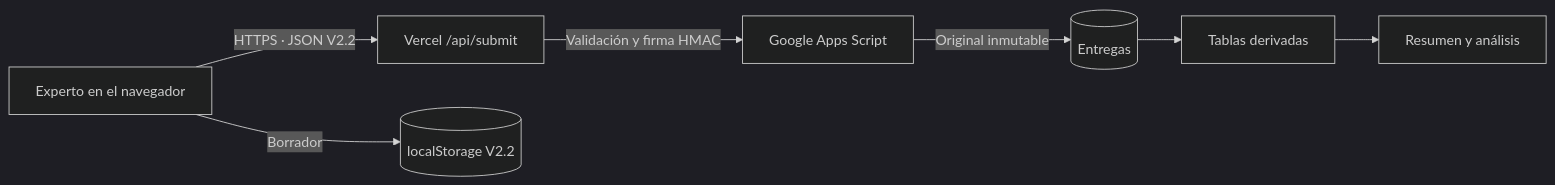
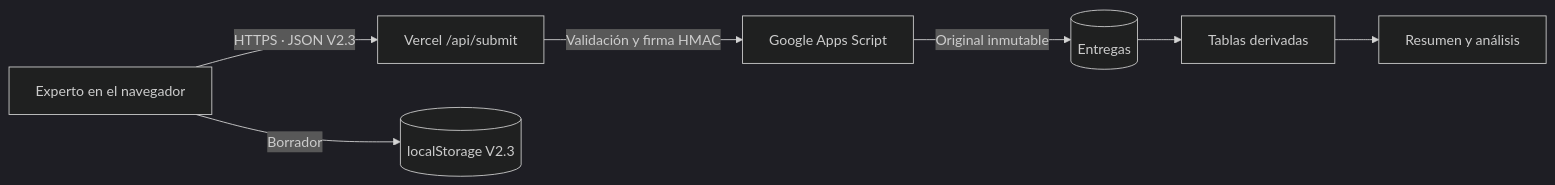
One commit to goncazasa/diagnostico-startup changed the diagram in docs/ARQUITECTURA-Y-OPERACION.md. Above: the diagram before and after it, drawn with Mermaid (dark theme). The commit also changed other lines of this file and 21 other files, not shown here.

````diff
--- a/docs/ARQUITECTURA-Y-OPERACION.md
+++ b/docs/ARQUITECTURA-Y-OPERACION.md
@@ -5,9 +5,9 @@
 ```mermaid
 flowchart LR
-    E[Experto en el navegador] -->|HTTPS · JSON V2.2| V[Vercel /api/submit]
+    E[Experto en el navegador] -->|HTTPS · JSON V2.3| V[Vercel /api/submit]
     V -->|Validación y firma HMAC| G[Google Apps Script]
     G -->|Original inmutable| A[(Entregas)]
     A --> R[Tablas derivadas]
     R --> S[Resumen y análisis]
-    E -->|Borrador| L[(localStorage V2.2)]
+    E -->|Borrador| L[(localStorage V2.3)]
 ```
````
